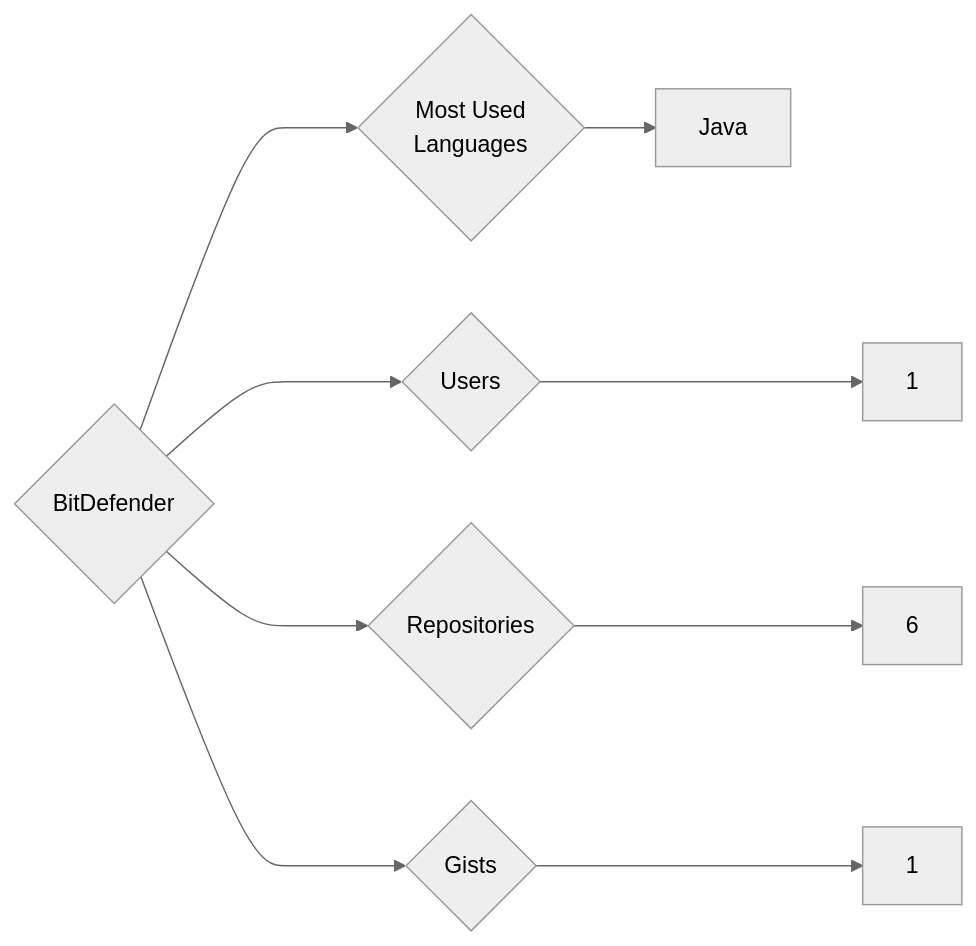
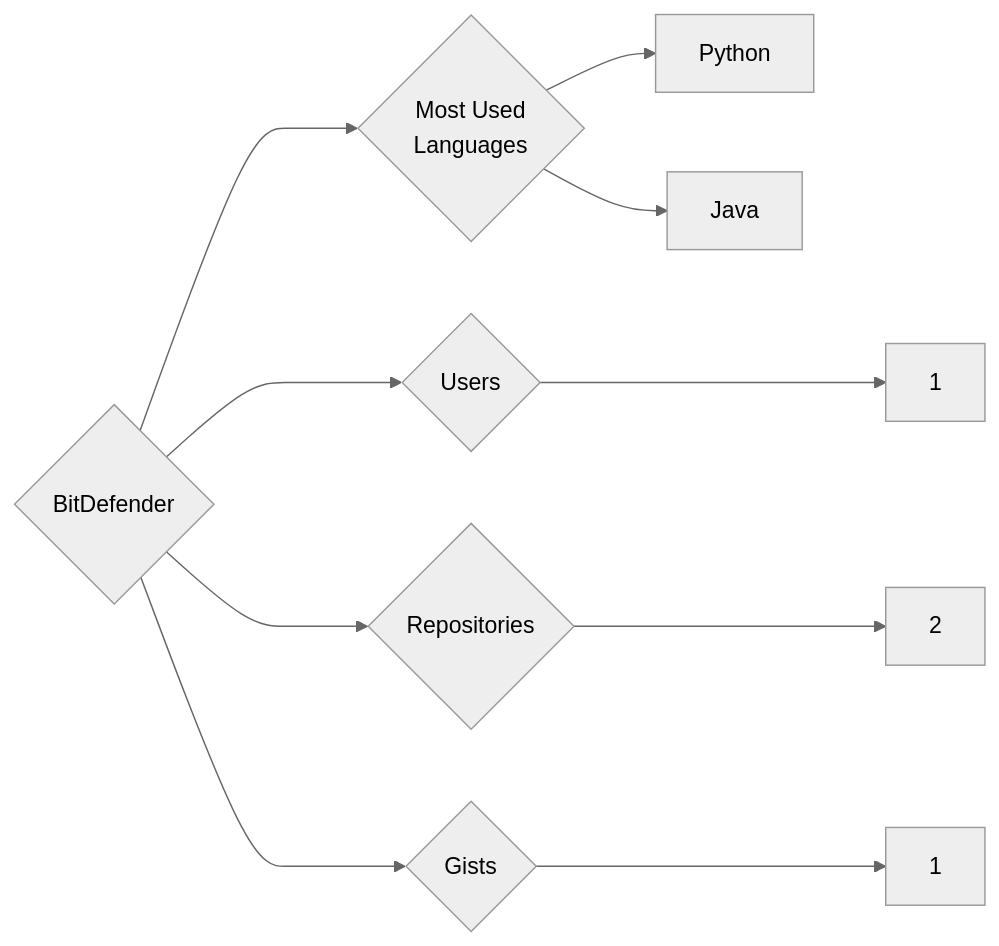
The diagram in targets/BitDefender/README.md (trickest/insiders), drawn with Mermaid (neutral theme) before and after one commit. The commit also changed 840 other files, not shown here.

````diff
--- a/targets/BitDefender/README.md
+++ b/targets/BitDefender/README.md
@@ -3,9 +3,10 @@
 ```mermaid
 graph LR
 COMPANY_NAME{BitDefender}
 COMPANY_NAME ---> U{Users} ---> UN[1]
-COMPANY_NAME ---> R{Repositories} ---> RN[6]
+COMPANY_NAME ---> R{Repositories} ---> RN[2]
 COMPANY_NAME ---> G{Gists} ---> GN[1]
 COMPANY_NAME ---> ML{Most Used<br>Languages}
+ML --> Python[Python]
 ML --> Java[Java]
 ```
````
